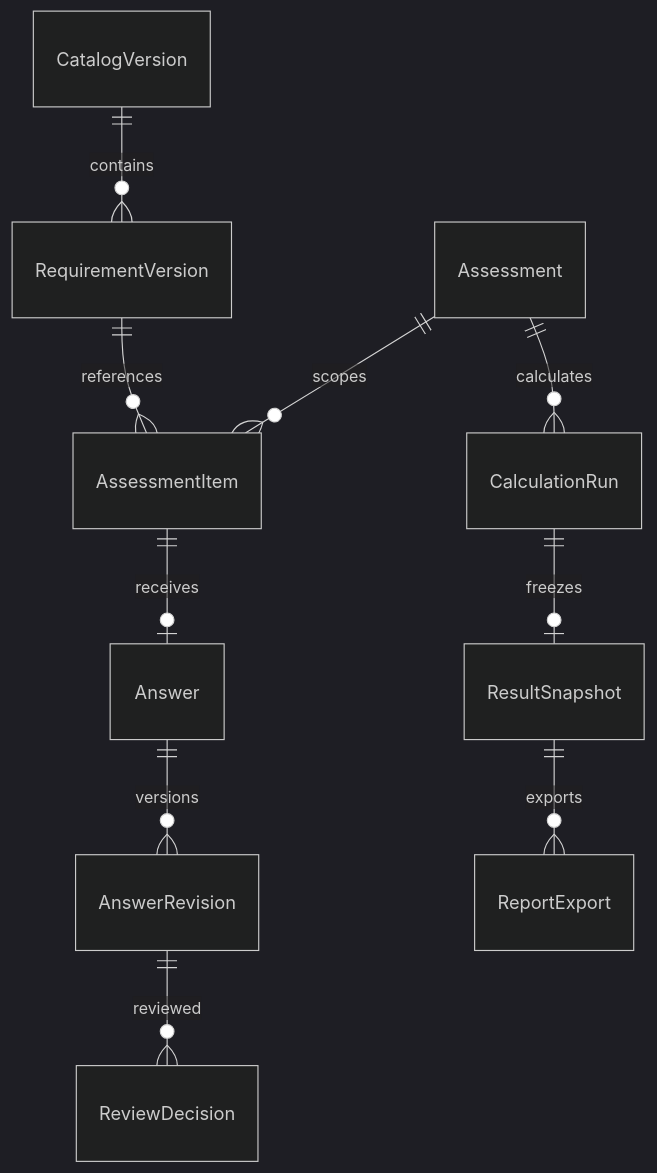
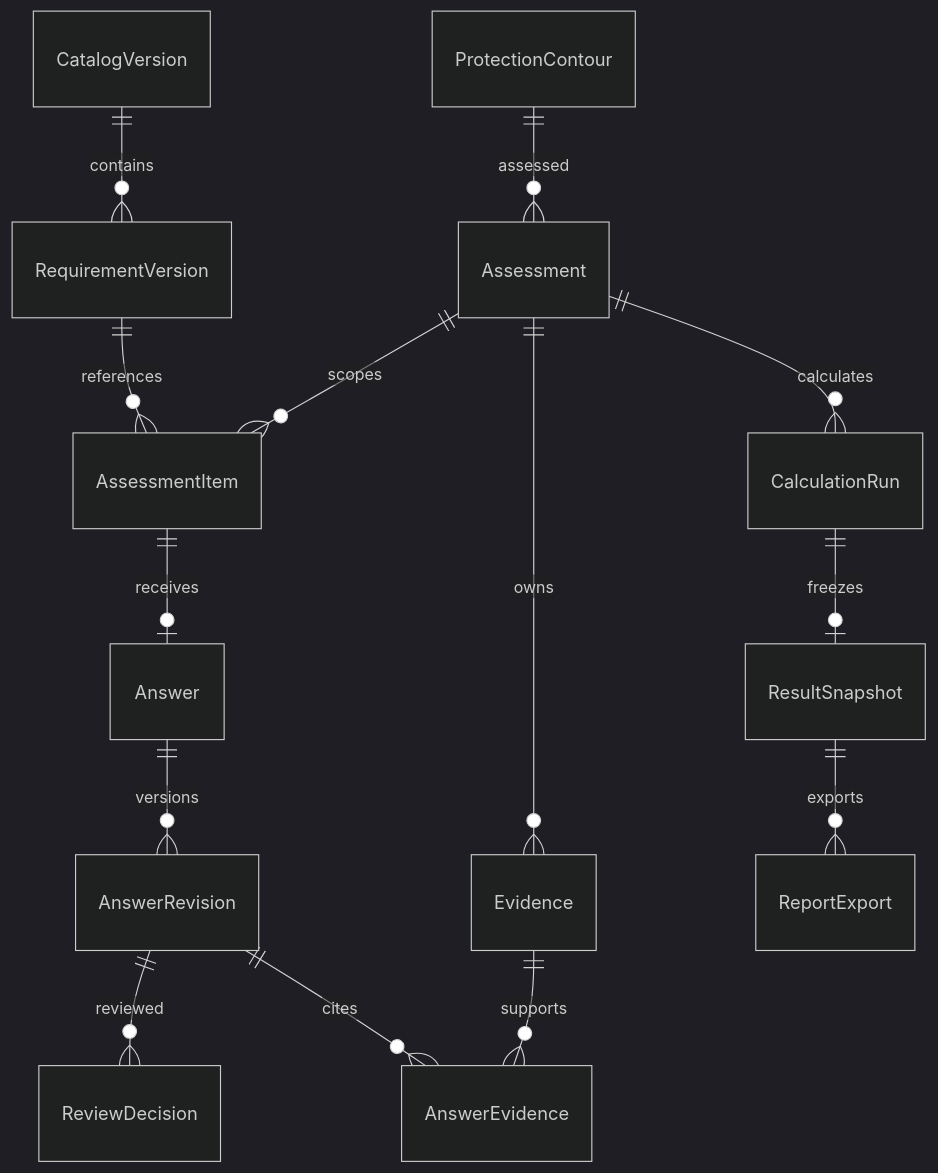
One commit to sergei-er/category_finance_service changed the diagram in docs/DATA_MODEL.md. Above: the diagram before and after it, drawn with Mermaid (dark theme). The commit also changed other lines of this file and 163 other files, not shown here.

````diff
--- a/docs/DATA_MODEL.md
+++ b/docs/DATA_MODEL.md
@@ -15,12 +27,16 @@
 ```mermaid
 erDiagram
+ ProtectionContour ||--o{ Assessment : assessed
  CatalogVersion ||--o{ RequirementVersion : contains
  Assessment ||--o{ AssessmentItem : scopes
  RequirementVersion ||--o{ AssessmentItem : references
  AssessmentItem ||--o| Answer : receives
  Answer ||--o{ AnswerRevision : versions
  AnswerRevision ||--o{ ReviewDecision : reviewed
+ Assessment ||--o{ Evidence : owns
+ AnswerRevision ||--o{ AnswerEvidence : cites
+ Evidence ||--o{ AnswerEvidence : supports
  Assessment ||--o{ CalculationRun : calculates
  CalculationRun ||--o| ResultSnapshot : freezes
  ResultSnapshot ||--o{ ReportExport : exports
 ```
````
